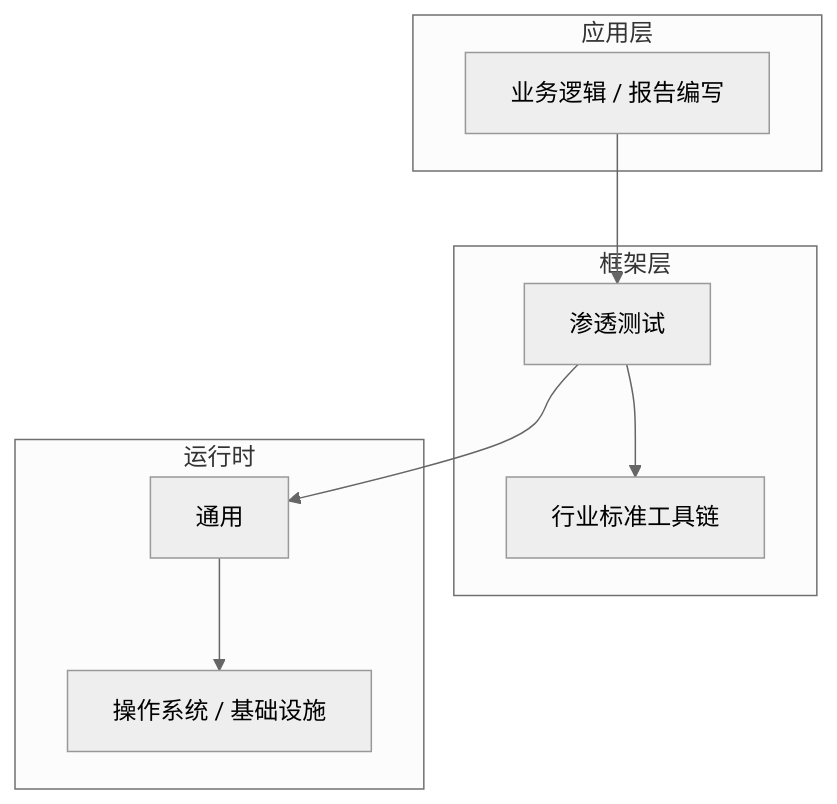
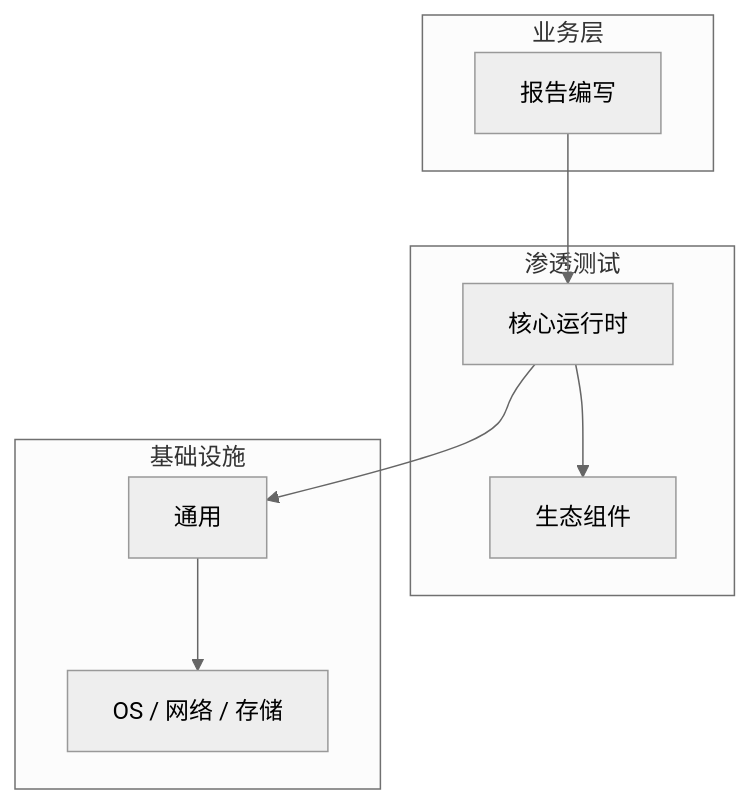
Before and after one commit to yanggan2015/knowledge-json-v2: the diagram in articles/渗透测试/chapters/064-报告编写核心概念与原理.md, drawn with Mermaid (neutral theme). The commit also changed other lines of this file and 10127 other files, not shown here.

````diff
--- a/articles/渗透测试/chapters/064-报告编写核心概念与原理.md
+++ b/articles/渗透测试/chapters/064-报告编写核心概念与原理.md
@@ -46,18 +31,18 @@
 ```mermaid
 graph TB
-    subgraph 应用层
-        A[业务逻辑 / 报告编写]
+    subgraph 业务层
+        A[报告编写]
     end
-    subgraph 框架层
-        B[渗透测试]
-        C[行业标准工具链]
+    subgraph 渗透测试
+        B[核心运行时]
+        C[生态组件]
     end
-    subgraph 运行时
+    subgraph 基础设施
         D[通用]
-        E[操作系统 / 基础设施]
+        E[OS / 网络 / 存储]
     end
     A --> B
     B --> C
     B --> D
     D --> E
 ```
````
